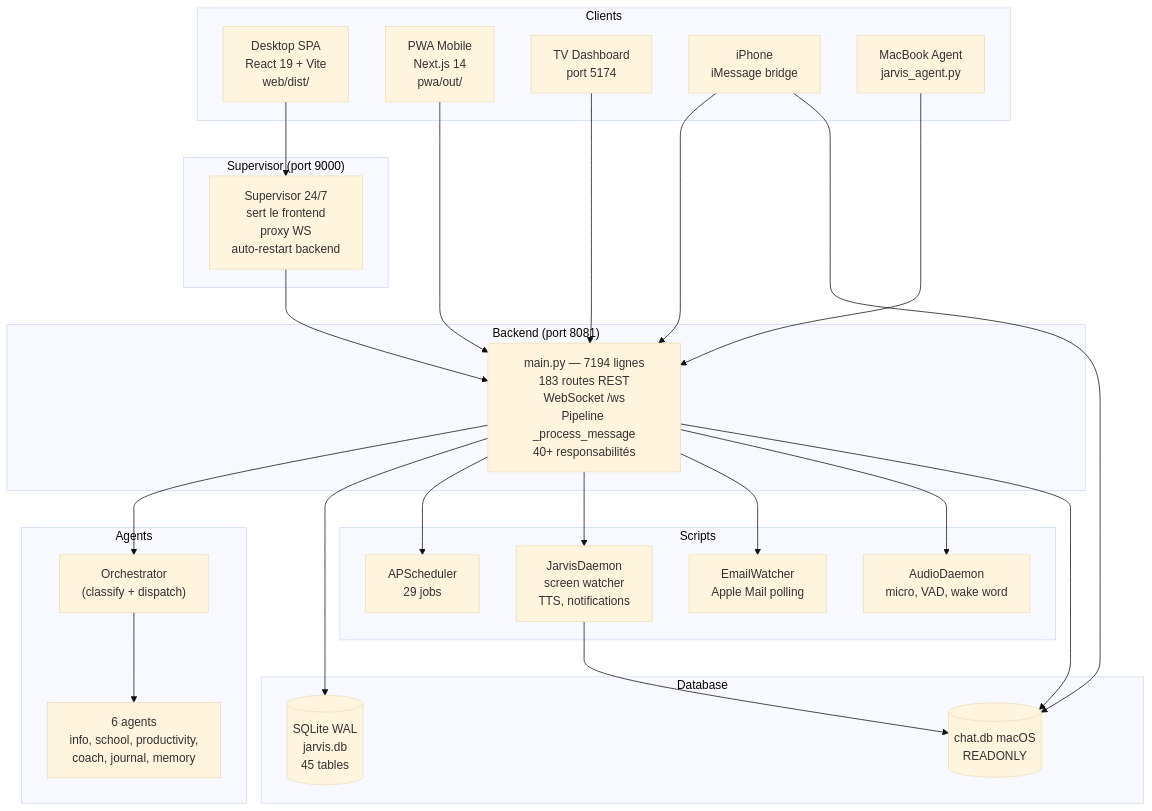
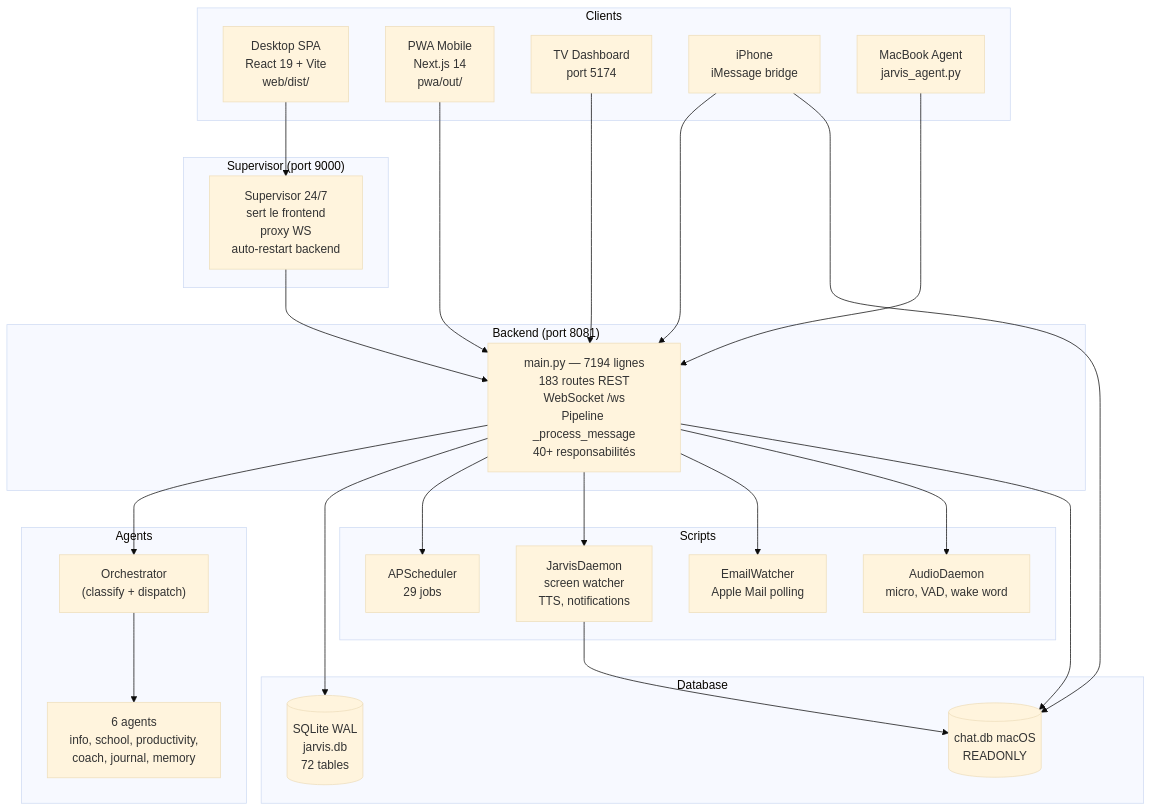
Before and after one commit to AVTAVANTTOUT2/JarvisAPI: the first of 2 diagrams in Architecture/INDEX.md, drawn with Mermaid (base theme). The commit also changed other lines of this file and 19 other files, not shown here.

````diff
--- a/Architecture/INDEX.md
+++ b/Architecture/INDEX.md
@@ -94,52 +94,52 @@
 ```mermaid
 graph TB
     subgraph "Clients"
         DESKTOP["Desktop SPA<br/>React 19 + Vite<br/>web/dist/"]
         MOBILE["PWA Mobile<br/>Next.js 14<br/>pwa/out/"]
         TV["TV Dashboard<br/>port 5174"]
         IMESSAGE["iPhone<br/>iMessage bridge"]
         AGENT["MacBook Agent<br/>jarvis_agent.py"]
     end
 
     subgraph "Supervisor (port 9000)"
         SUP["Supervisor 24/7<br/>sert le frontend<br/>proxy WS<br/>auto-restart backend"]
     end
 
     subgraph "Backend (port 8081)"
         MAIN["main.py — 7194 lignes<br/>183 routes REST<br/>WebSocket /ws<br/>Pipeline _process_message<br/>40+ responsabilités"]
     end
 
     subgraph "Agents"
         ORCH["Orchestrator<br/>(classify + dispatch)"]
         AG["6 agents<br/>info, school, productivity,<br/>coach, journal, memory"]
     end
 
     subgraph "Database"
-        DB[(SQLite WAL<br/>jarvis.db<br/>45 tables)]
+        DB[(SQLite WAL<br/>jarvis.db<br/>72 tables)]
         CHATDB[(chat.db macOS<br/>READONLY)]
     end
 
     subgraph "Scripts"
         SCHED["APScheduler<br/>29 jobs"]
         DAEMON["JarvisDaemon<br/>screen watcher<br/>TTS, notifications"]
         EMAILW["EmailWatcher<br/>Apple Mail polling"]
         AUDIOD["AudioDaemon<br/>micro, VAD, wake word"]
     end
 
     DESKTOP --> SUP
     MOBILE --> MAIN
     TV --> MAIN
     IMESSAGE --> MAIN
     AGENT --> MAIN
     SUP --> MAIN
     MAIN --> ORCH
     ORCH --> AG
     MAIN --> DB
     MAIN --> SCHED
     MAIN --> DAEMON
     MAIN --> EMAILW
     MAIN --> AUDIOD
     DAEMON --> CHATDB
     IMESSAGE --> CHATDB
     MAIN --> CHATDB
 ```
````
